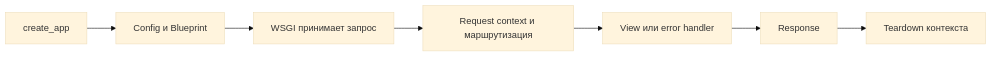
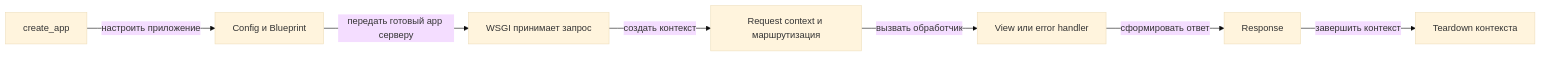
One commit to IAMN1/devrefsnap changed the diagram in python/web/flask/README.md. Above: the diagram before and after it, drawn with Mermaid (base theme). The commit also changed other lines of this file and 33 other files, not shown here.

````diff
--- a/python/web/flask/README.md
+++ b/python/web/flask/README.md
@@ -66,9 +106,9 @@
 ```mermaid
 flowchart LR
-    A[create_app] --> B[Config и Blueprint]
-    B --> C[WSGI принимает запрос]
-    C --> D[Request context и маршрутизация]
-    D --> E[View или error handler]
-    E --> F[Response]
-    F --> G[Teardown контекста]
+    A[create_app] -->|настроить приложение| B[Config и Blueprint]
+    B -->|передать готовый app серверу| C[WSGI принимает запрос]
+    C -->|создать контекст| D[Request context и маршрутизация]
+    D -->|вызвать обработчик| E[View или error handler]
+    E -->|сформировать ответ| F[Response]
+    F -->|завершить контекст| G[Teardown контекста]
 ```
````
